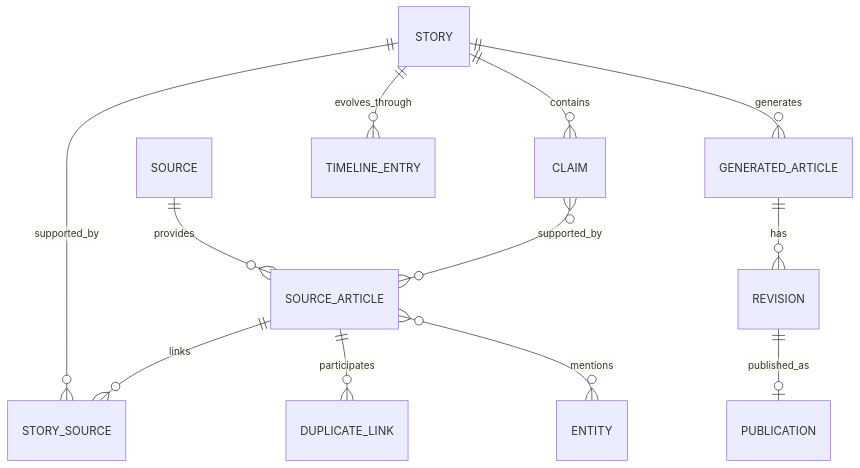
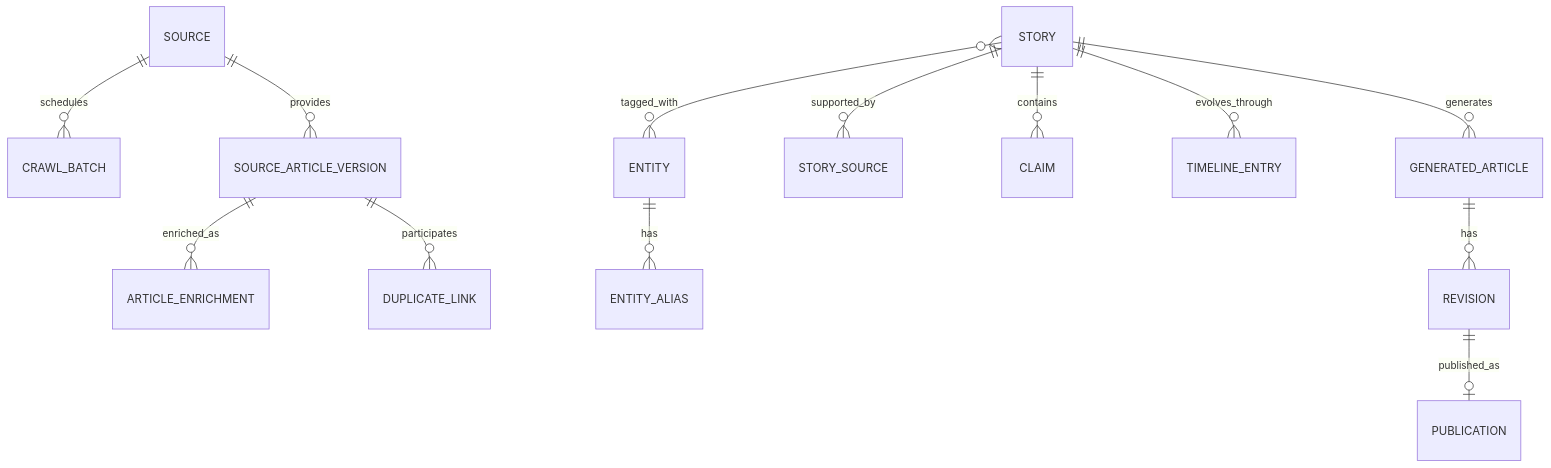
One commit to marvinphung/project3 changed the diagram in docs/data-model.md. Above: the diagram before and after it, drawn with Mermaid. The commit also changed other lines of this file and 12 other files, not shown here.

````diff
--- a/docs/data-model.md
+++ b/docs/data-model.md
@@ -15,14 +15,15 @@
 ```mermaid
 erDiagram
-    SOURCE ||--o{ SOURCE_ARTICLE : provides
-    SOURCE_ARTICLE ||--o{ DUPLICATE_LINK : participates
-    SOURCE_ARTICLE }o--o{ ENTITY : mentions
+    SOURCE ||--o{ CRAWL_BATCH : schedules
+    SOURCE ||--o{ SOURCE_ARTICLE_VERSION : provides
+    SOURCE_ARTICLE_VERSION ||--o{ ARTICLE_ENRICHMENT : enriched_as
+    SOURCE_ARTICLE_VERSION ||--o{ DUPLICATE_LINK : participates
+    ENTITY ||--o{ ENTITY_ALIAS : has
+    STORY }o--o{ ENTITY : tagged_with
     STORY ||--o{ STORY_SOURCE : supported_by
-    SOURCE_ARTICLE ||--o{ STORY_SOURCE : links
     STORY ||--o{ CLAIM : contains
-    CLAIM }o--o{ SOURCE_ARTICLE : supported_by
     STORY ||--o{ TIMELINE_ENTRY : evolves_through
     STORY ||--o{ GENERATED_ARTICLE : generates
     GENERATED_ARTICLE ||--o{ REVISION : has
     REVISION ||--o| PUBLICATION : published_as
 ```
````
